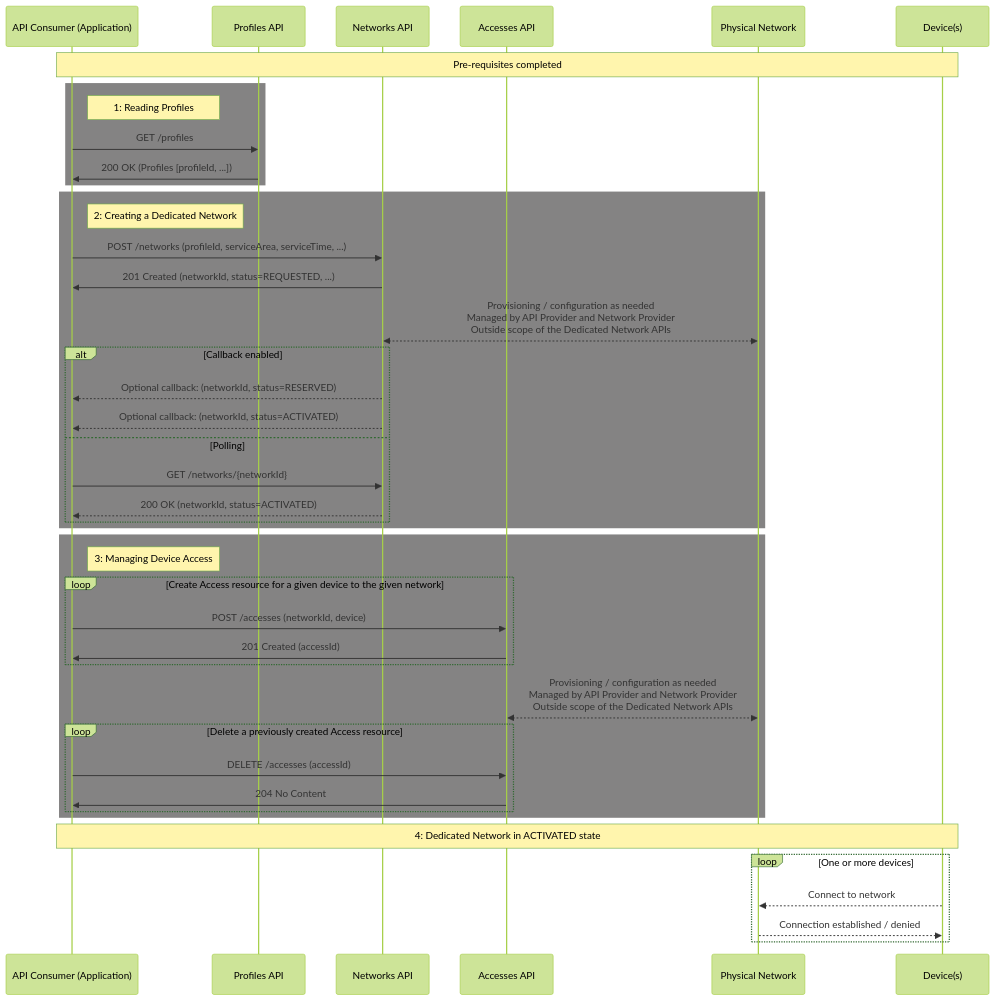
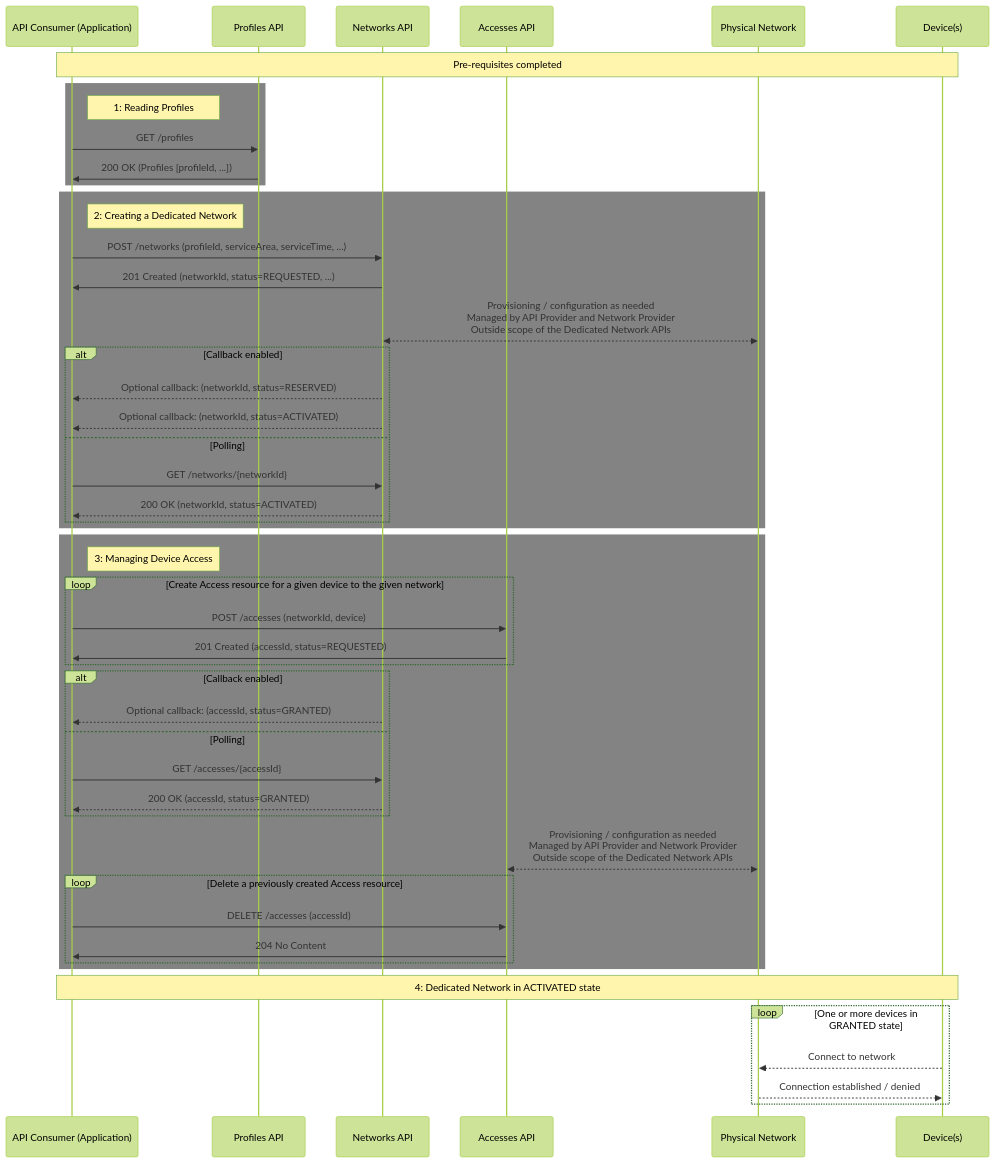
One commit to camaraproject/DedicatedNetworks changed the second of 4 diagrams in documentation/API_documentation/DedicatedNetworks_GeneralDescription.md. Above: the diagram before and after it, drawn with Mermaid (forest theme). The commit also changed other lines of this file and 1 other file, not shown here.

Commit message:
Fix PR validation errors and improve documentation

````diff
--- a/documentation/API_documentation/DedicatedNetworks_GeneralDescription.md
+++ b/documentation/API_documentation/DedicatedNetworks_GeneralDescription.md
@@ -100,47 +100,53 @@
 ```mermaid
 
 sequenceDiagram
     participant App as API Consumer (Application)
     participant P as Profiles API
     participant N as Networks API
     participant A as Accesses API
     participant Network as Physical Network
     participant D as Device(s)
     Note over App,D: Pre-requisites completed
-    
+
     rect rgba(51, 49, 49, 0.6)
         note right of App: 1: Reading Profiles
         App->>P: GET /profiles
         P->>App: 200 OK (Profiles [profileId, ...])
     end
     rect rgba(51, 49, 49, 0.6)
         note right of App: 2: Creating a Dedicated Network
         App->>N: POST /networks (profileId, serviceArea, serviceTime, ...)
         N->>App: 201 Created (networkId, status=REQUESTED, ...)
          N <<-->> Network: Provisioning / configuration as needed<br> Managed by API Provider and Network Provider<br>  Outside scope of the Dedicated Network APIs
         alt Callback enabled
             N-->>App: Optional callback: (networkId, status=RESERVED)
             N-->>App: Optional callback: (networkId, status=ACTIVATED)
         else Polling
             App->>N: GET /networks/{networkId}
             N-->>App: 200 OK (networkId, status=ACTIVATED)
         end
     end
     rect rgba(51, 49, 49, 0.6)
         note right of App: 3: Managing Device Access
         loop Create Access resource for a given device to the given network
             App->>A: POST /accesses (networkId, device)
-            A->>App: 201 Created (accessId)
+            A->>App: 201 Created (accessId, status=REQUESTED)
+        end
+        alt Callback enabled
+            N-->>App: Optional callback: (accessId, status=GRANTED)
+        else Polling
+            App->>N: GET /accesses/{accessId}
+            N-->>App: 200 OK (accessId, status=GRANTED)
         end
         A <<-->> Network: Provisioning / configuration as needed<br> Managed by API Provider and Network Provider<br>  Outside scope of the Dedicated Network APIs
         loop Delete a previously created Access resource
             App->>A: DELETE /accesses (accessId)
             A->>App: 204 No Content
         end
     end
     Note over App,D: 4: Dedicated Network in ACTIVATED state
-    loop One or more devices
+    loop One or more devices in GRANTED state
         D-->>Network: Connect to network
         Network-->>D: Connection established / denied
     end
 ```
````
